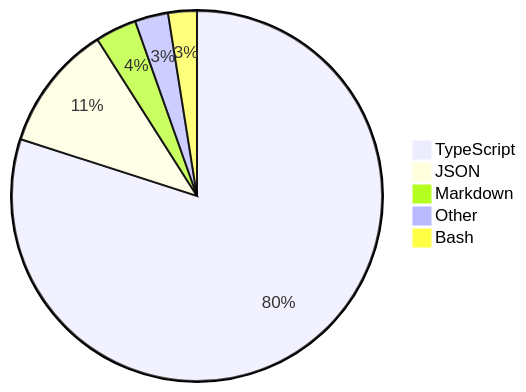
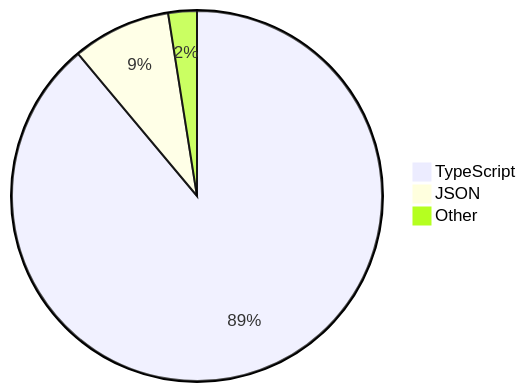
Before and after one commit to skvggor/skvggor: the diagram in README.md, drawn with Mermaid.

Commit message:
Updated waka-readme graph with new metrics

````diff
--- a/README.md
+++ b/README.md
@@ -28,8 +28,6 @@
 ```mermaid
 pie
-    "TypeScript" : 79.8
-    "JSON" : 11.0
-    "Markdown" : 3.6
-    "Other" : 2.9
-    "Bash" : 2.5
+    "TypeScript" : 89.0
+    "JSON" : 8.6
+    "Other" : 2.5
 ```
````
